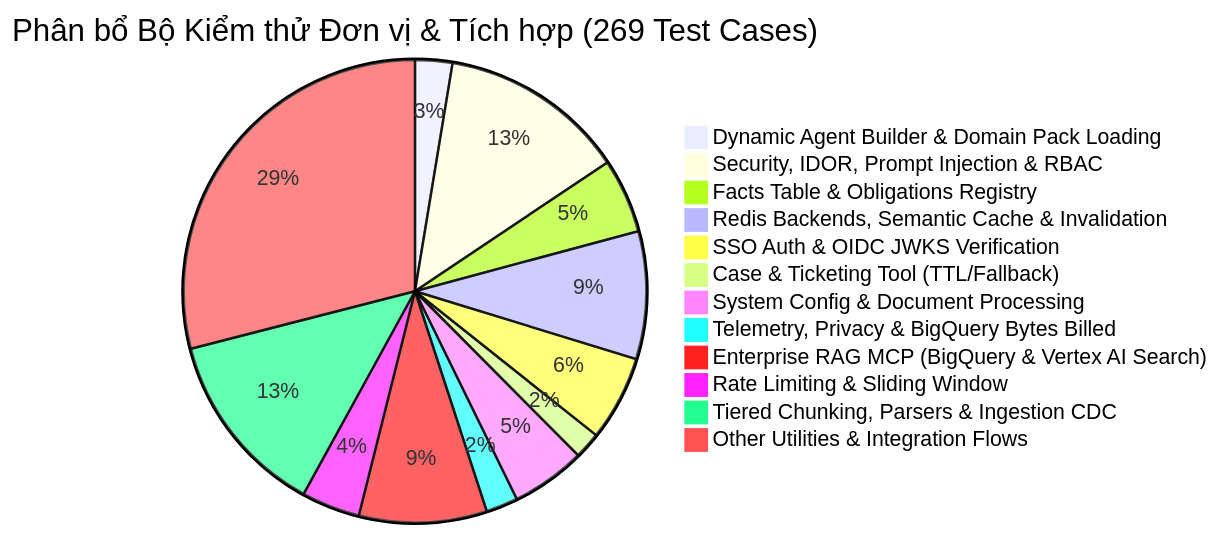
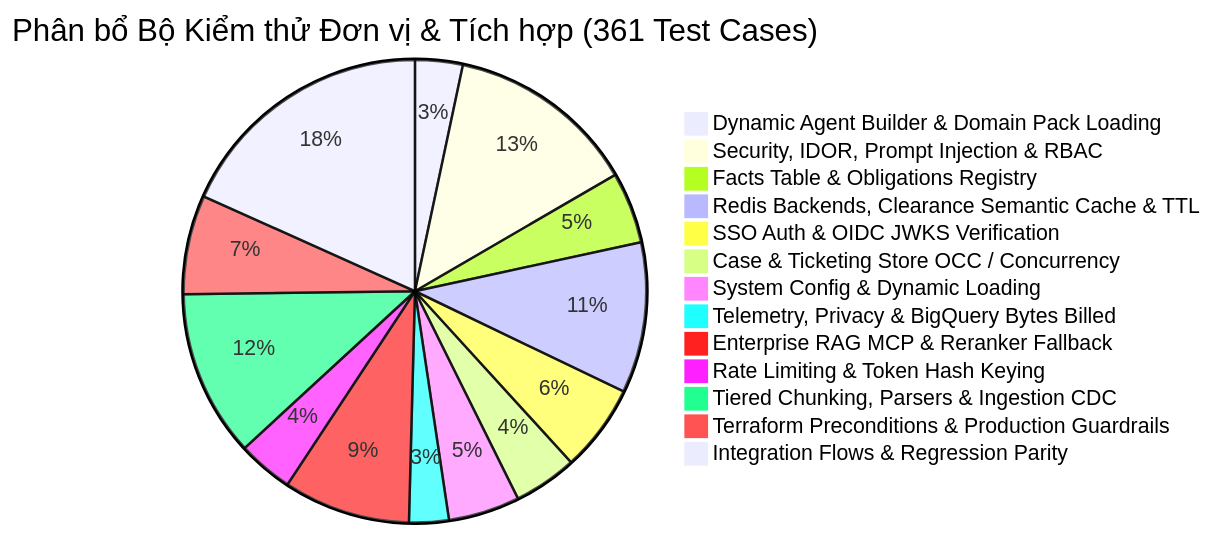
One commit to TrongDucLuu/enterprise-multi-agent-platform changed the second of 2 diagrams in Technical_Specification.md. Above: the diagram before and after it, drawn with Mermaid. The commit also changed other lines of this file, not shown here.

First line of the commit message:
docs: update Technical_Specification.md to v2.2.0-Enterprise

````diff
--- a/Technical_Specification.md
+++ b/Technical_Specification.md
@@ -272,15 +266,16 @@
 ```mermaid
-pie title Phân bổ Bộ Kiểm thử Đơn vị & Tích hợp (269 Test Cases)
-    "Dynamic Agent Builder & Domain Pack Loading" : 7
-    "Security, IDOR, Prompt Injection & RBAC" : 35
-    "Facts Table & Obligations Registry" : 14
-    "Redis Backends, Semantic Cache & Invalidation" : 24
-    "SSO Auth & OIDC JWKS Verification" : 16
-    "Case & Ticketing Tool (TTL/Fallback)" : 5
-    "System Config & Document Processing" : 14
-    "Telemetry, Privacy & BigQuery Bytes Billed" : 6
-    "Enterprise RAG MCP (BigQuery & Vertex AI Search)" : 24
-    "Rate Limiting & Sliding Window" : 11
-    "Tiered Chunking, Parsers & Ingestion CDC" : 35
-    "Other Utilities & Integration Flows" : 78
+pie title Phân bổ Bộ Kiểm thử Đơn vị & Tích hợp (361 Test Cases)
+    "Dynamic Agent Builder & Domain Pack Loading" : 12
+    "Security, IDOR, Prompt Injection & RBAC" : 48
+    "Facts Table & Obligations Registry" : 18
+    "Redis Backends, Clearance Semantic Cache & TTL" : 38
+    "SSO Auth & OIDC JWKS Verification" : 22
+    "Case & Ticketing Store OCC / Concurrency" : 16
+    "System Config & Dynamic Loading" : 18
+    "Telemetry, Privacy & BigQuery Bytes Billed" : 10
+    "Enterprise RAG MCP & Reranker Fallback" : 32
+    "Rate Limiting & Token Hash Keying" : 14
+    "Tiered Chunking, Parsers & Ingestion CDC" : 42
+    "Terraform Preconditions & Production Guardrails" : 25
+    "Integration Flows & Regression Parity" : 66
 ```
````
